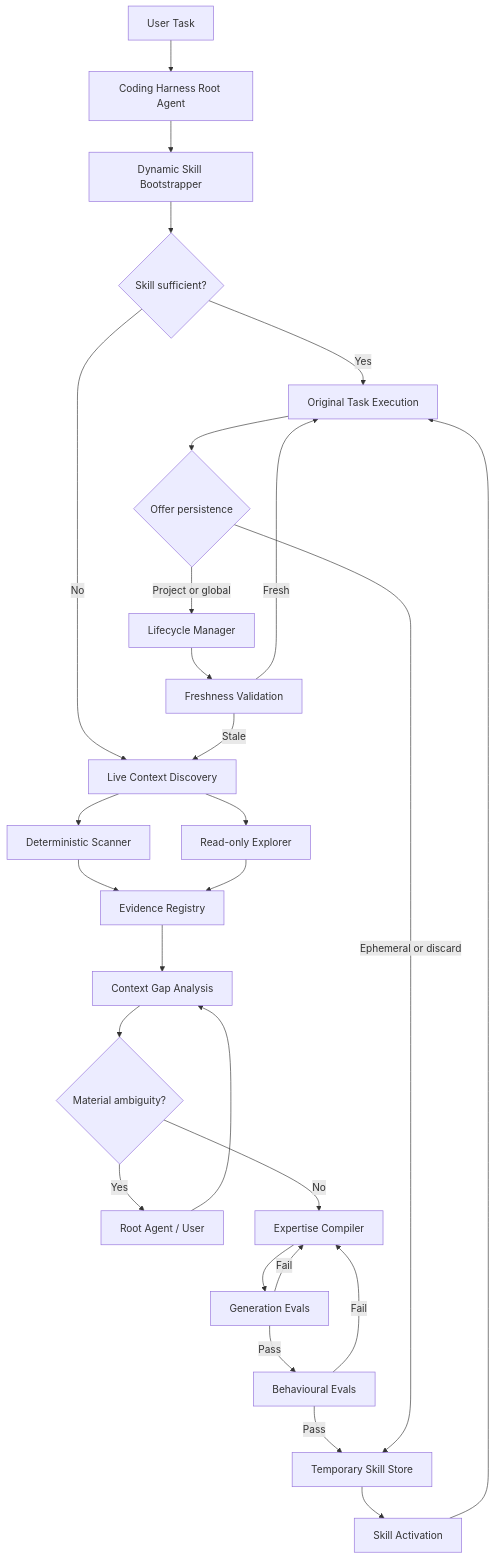
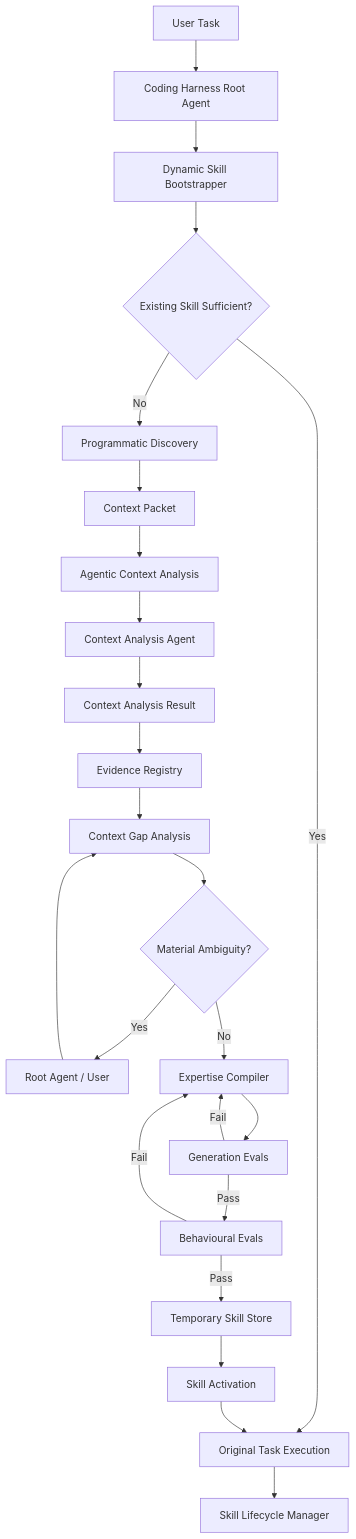
One commit to prameet-verma/dyskills changed the second of 2 diagrams in PRD.md. Above: the diagram before and after it, drawn with Mermaid. The commit also changed other lines of this file, not shown here.

Commit message:
docs: PRD v0.7 — hybrid context discovery, versioned contracts, renumbered sections

````diff
--- a/PRD.md
+++ b/PRD.md
@@ -869,57 +940,53 @@
-```mermaid id="j6zv2q"
+```mermaid
 flowchart TD
     U["User Task"]
     H["Coding Harness Root Agent"]
     B["Dynamic Skill Bootstrapper"]
-    C{"Skill sufficient?"}
+    C{"Existing Skill Sufficient?"}
 
-    D["Live Context Discovery"]
-    S["Deterministic Scanner"]
-    R["Read-only Explorer"]
-    E["Evidence Registry"]
-    G["Context Gap Analysis"]
+    PD["Programmatic Discovery"]
+    AD["Agentic Context Analysis"]
 
-    Q{"Material ambiguity?"}
+    SC["Context Packet"]
+    CA["Context Analysis Agent"]
+    CR["Context Analysis Result"]
+
+    EV["Evidence Registry"]
+    GV["Context Gap Analysis"]
+    Q{"Material Ambiguity?"}
     P["Root Agent / User"]
 
     X["Expertise Compiler"]
-    V["Generation Evals"]
+    GE["Generation Evals"]
     BE["Behavioural Evals"]
+    TS["Temporary Skill Store"]
+    A["Skill Activation"]
 
-    T["Temporary Skill Store"]
-    A["Skill Activation"]
     W["Original Task Execution"]
-
-    SV{"Offer persistence"}
-    L["Lifecycle Manager"]
-    FR["Freshness Validation"]
+    L["Skill Lifecycle Manager"]
 
     U --> H --> B --> C
     C -->|Yes| W
-    C -->|No| D
+    C -->|No| PD
 
-    D --> S
-    D --> R
-    S --> E
-    R --> E
-    E --> G --> Q
+    PD --> SC
+    SC --> AD
+    AD --> CA
+    CA --> CR
+    CR --> EV
+    EV --> GV
+    GV --> Q
 
-    Q -->|Yes| P --> G
+    Q -->|Yes| P --> GV
     Q -->|No| X
 
-    X --> V
-    V -->|Fail| X
-    V -->|Pass| BE
+    X --> GE
+    GE -->|Fail| X
+    GE -->|Pass| BE
     BE -->|Fail| X
-    BE -->|Pass| T
+    BE -->|Pass| TS
 
-    T --> A --> W
-    W --> SV
-
-    SV -->|Project or global| L
-    SV -->|Ephemeral or discard| T
-
-    L --> FR
-    FR -->|Fresh| W
-    FR -->|Stale| D
+    TS --> A
+    A --> W
+    W --> L
 ```
````
